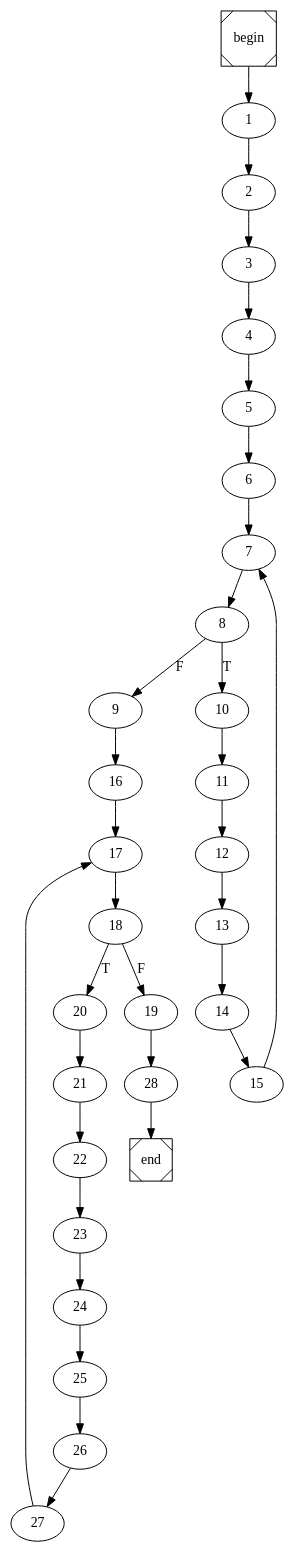
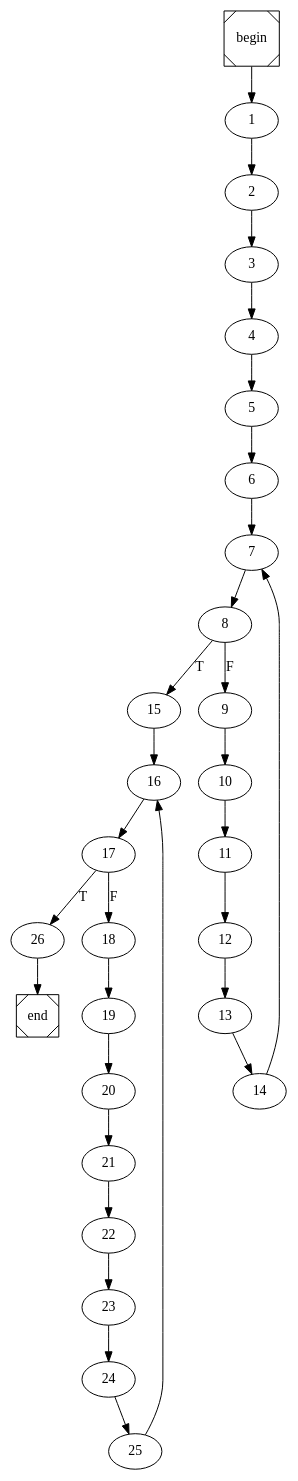
One commit to arubenruben/JMM-Compiler changed the diagram in concat_int_arr_int_arr.dot. Above: the diagram before and after it, drawn with Graphviz. The commit also changed 11 other files, not shown here.

```diff
--- a/concat_int_arr_int_arr.dot
+++ b/concat_int_arr_int_arr.dot
@@ -1,4 +1,4 @@
 digraph cfg {
 	begin [shape=Msquare];
 	end [shape=Msquare];
-	begin -> 1;	1 -> 2;	2 -> 3;	3 -> 4;	4 -> 5;	5 -> 6;	6 -> 7;	7 -> 8;	8 -> 10[label=T];	8 -> 9[label=F];	9 -> 16;	10 -> 11;	11 -> 12;	12 -> 13;	13 -> 14;	14 -> 15;	15 -> 7;	16 -> 17;	17 -> 18;	18 -> 20[label=T];	18 -> 19[label=F];	19 -> 28;	20 -> 21;	21 -> 22;	22 -> 23;	23 -> 24;	24 -> 25;	25 -> 26;	26 -> 27;	27 -> 17;	28 -> end;}
+	begin -> 1;	1 -> 2;	2 -> 3;	3 -> 4;	4 -> 5;	5 -> 6;	6 -> 7;	7 -> 8;	8 -> 15[label=T];	8 -> 9[label=F];	9 -> 10;	10 -> 11;	11 -> 12;	12 -> 13;	13 -> 14;	14 -> 7;	15 -> 16;	16 -> 17;	17 -> 26[label=T];	17 -> 18[label=F];	18 -> 19;	19 -> 20;	20 -> 21;	21 -> 22;	22 -> 23;	23 -> 24;	24 -> 25;	25 -> 16;	26 -> end;}
```
